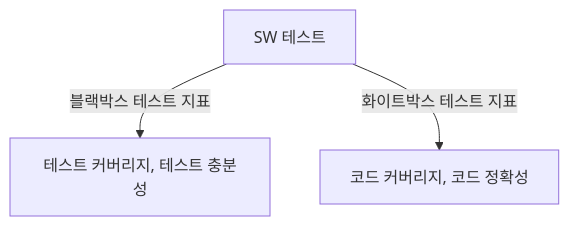
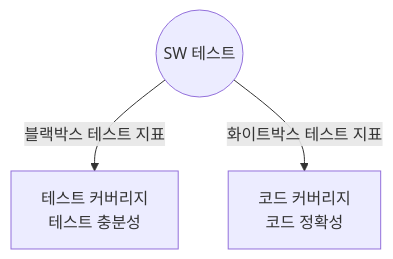
Before and after one commit to gracefullight/gracefullight.github.io: the diagram in blog/pe/sw/test-coverage-code-coverage.md, drawn with Mermaid. The commit also changed other lines of this file and 25 other files, not shown here.

````diff
--- a/blog/pe/sw/test-coverage-code-coverage.md
+++ b/blog/pe/sw/test-coverage-code-coverage.md
@@ -13,9 +13,9 @@
 ```mermaid
 graph TB
-  SW테스트[SW 테스트]
-  테스트커버리지[테스트 커버리지, 테스트 충분성]
-  코드커버리지[코드 커버리지, 코드 정확성]
+  SW테스트((SW 테스트))
+  테스트커버리지[테스트 커버리지<br/>테스트 충분성]
+  코드커버리지[코드 커버리지<br/>코드 정확성]
 
   SW테스트 -->|블랙박스 테스트 지표| 테스트커버리지
   SW테스트 -->|화이트박스 테스트 지표| 코드커버리지
 ```
````
